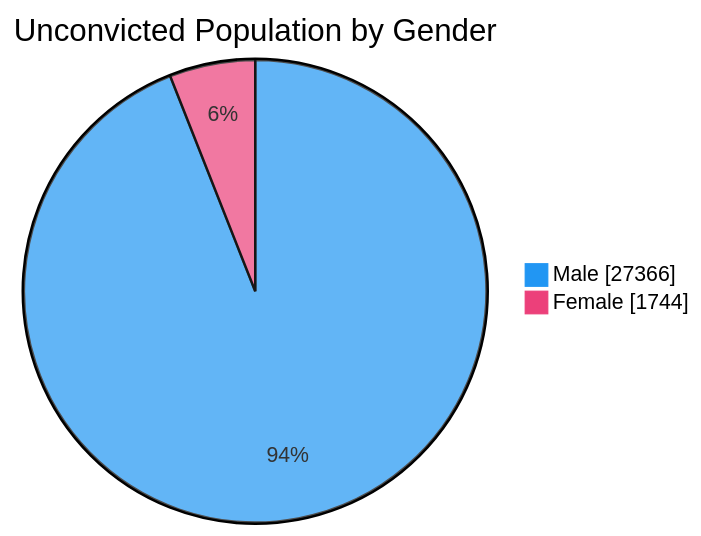
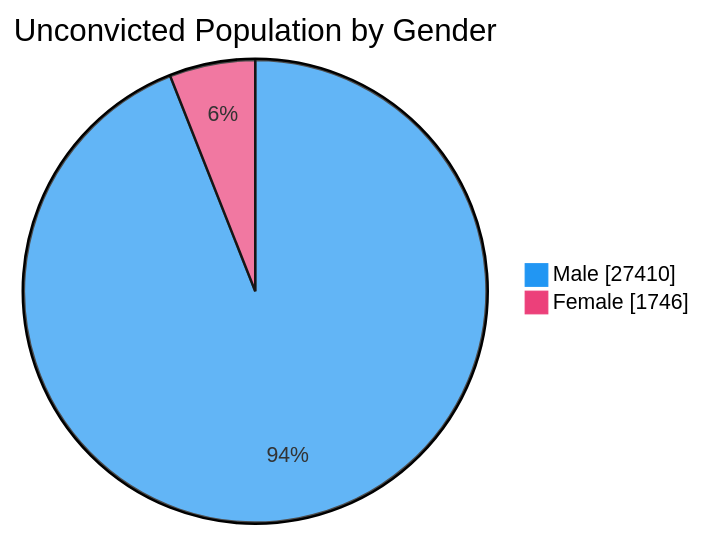
Before and after one commit to nuuuwan/lk_prisons: the fourth of 7 diagrams in README.md, drawn with Mermaid. The commit also changed other lines of this file and 1 other file, not shown here.

````diff
--- a/README.md
+++ b/README.md
@@ -76,6 +76,6 @@
 ```mermaid
 %%{init: {'themeVariables': {'pie1': '#2196F3', 'pie2': '#EC407A'}}}%%
 pie showData title Unconvicted Population by Gender
-    "Male" : 27366
-    "Female" : 1744
+    "Male" : 27410
+    "Female" : 1746
 ```
````
